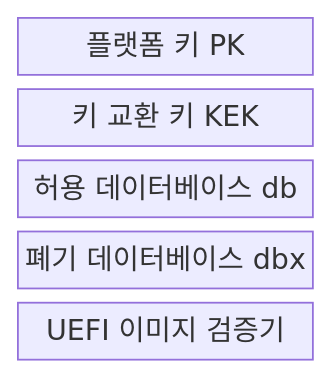
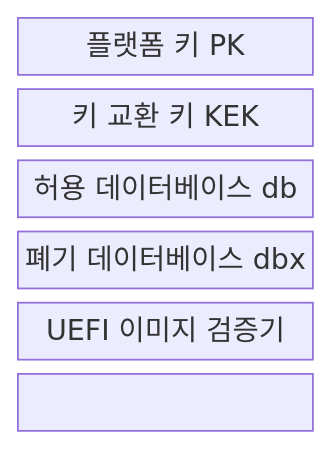
Before and after one commit to agnusdei1207/knowledge-base: the first of 2 diagrams in src/content/docs/notes/05-security/127_secure_boot.md, drawn with Mermaid. The commit also changed other lines of this file and 151 other files, not shown here.

````diff
--- a/src/content/docs/notes/05-security/127_secure_boot.md
+++ b/src/content/docs/notes/05-security/127_secure_boot.md
@@ -55,9 +55,11 @@
 ```mermaid
 block-beta
   columns 1
   P["플랫폼 키 PK"]
   K["키 교환 키 KEK"]
   A["허용 데이터베이스 db"]
   R["폐기 데이터베이스 dbx"]
   V["UEFI 이미지 검증기"]
+  P --- K --- A
+  A --- R --- V
 ```
````
